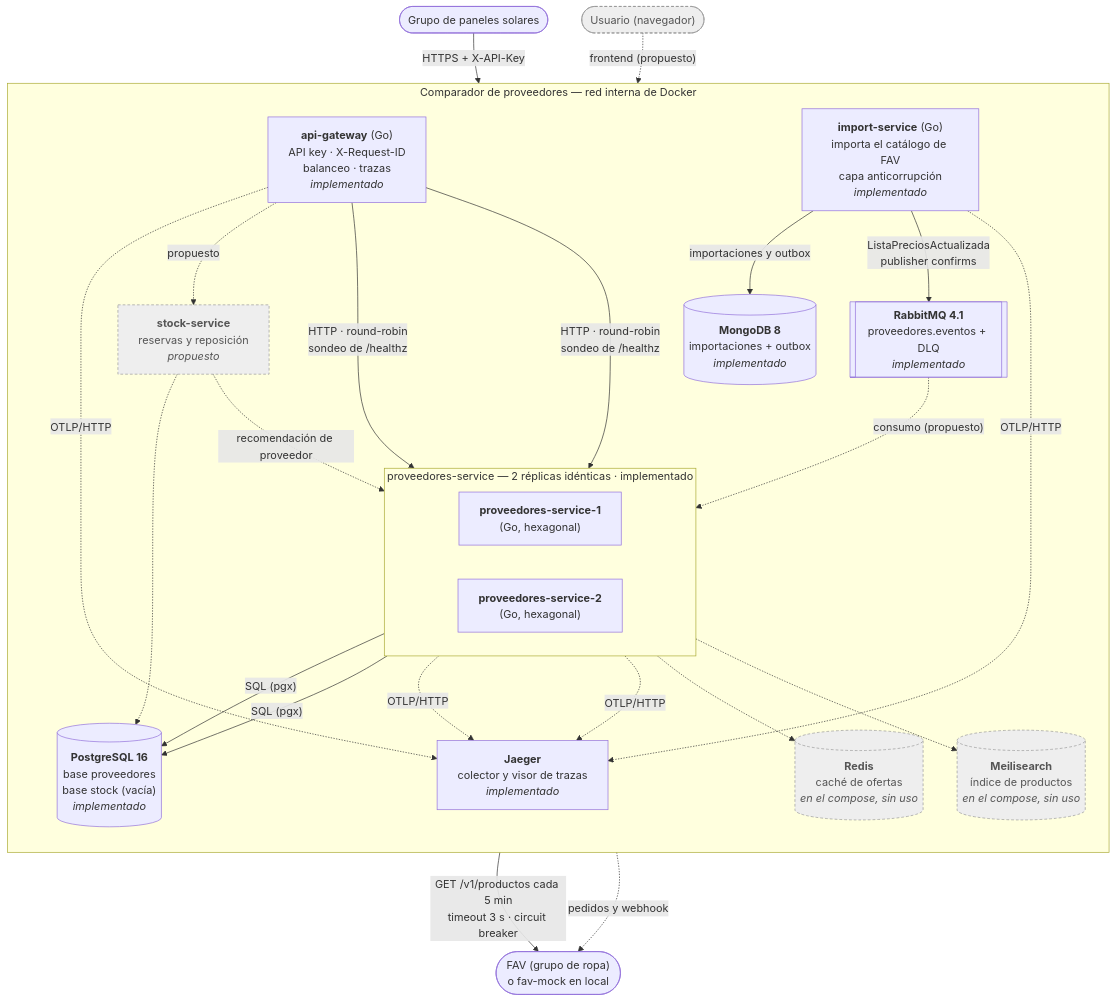
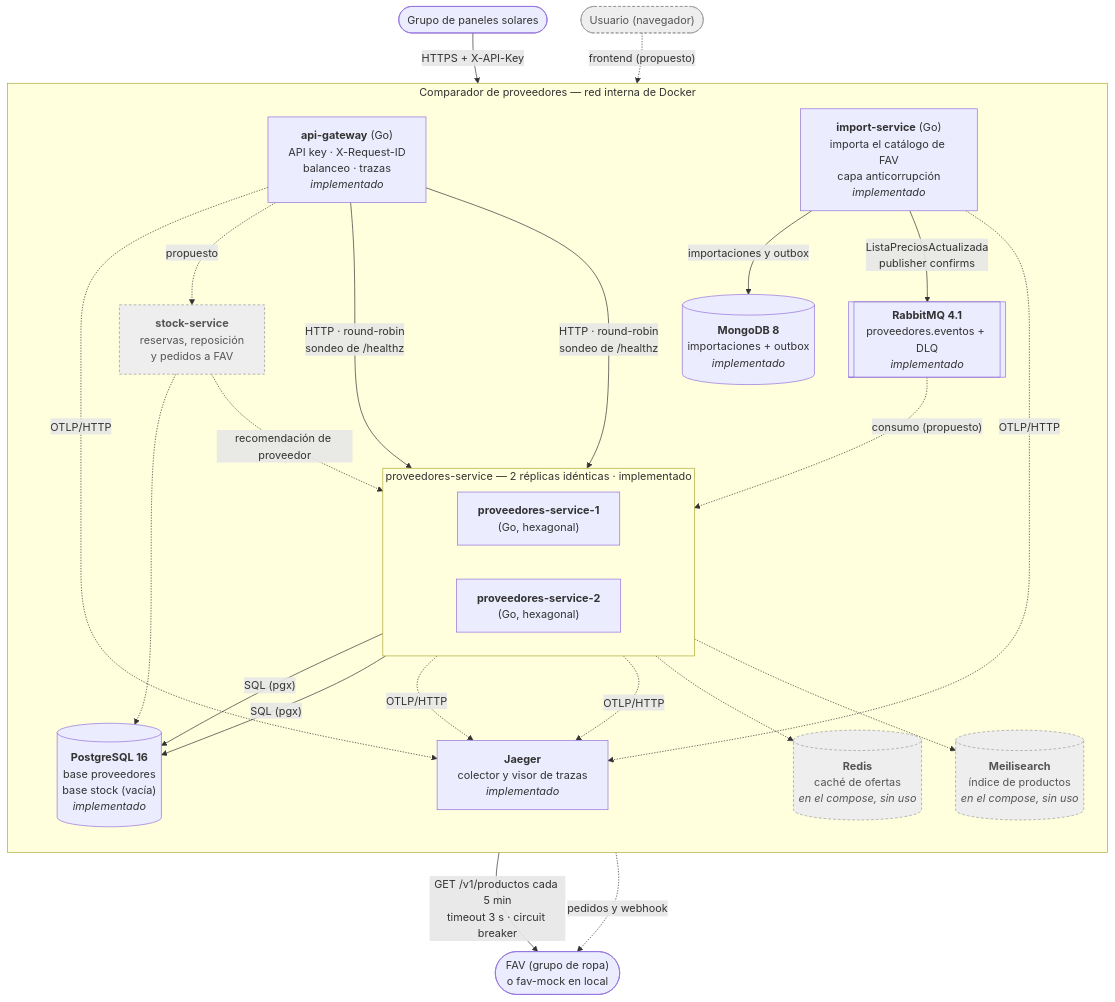
The second of 3 diagrams in docs/ARCHITECTURE.md (matiasdemetriorufeil/arq-soft-proveedores), drawn with Mermaid before and after one commit. The commit also changed other lines of this file and 7 other files, not shown here.

First line of the commit message:
docs: ADR-009 con los pedidos aceptados; SPEC, ARCHITECTURE, ADR-010, compose y plan al día

````diff
--- a/docs/ARCHITECTURE.md
+++ b/docs/ARCHITECTURE.md
@@ -62,56 +62,56 @@
 ```mermaid
 flowchart TB
     paneles(["Grupo de paneles solares"])
     usuario(["Usuario (navegador)"])
     ropa(["FAV (grupo de ropa)<br/>o fav-mock en local"])
 
     subgraph sistema["Comparador de proveedores — red interna de Docker"]
         direction TB
         gw["<b>api-gateway</b> (Go)<br/>API key · X-Request-ID<br/>balanceo · trazas<br/><i>implementado</i>"]
 
         subgraph proveedores["proveedores-service — 2 réplicas idénticas · implementado"]
             direction LR
             p1["<b>proveedores-service-1</b><br/>(Go, hexagonal)"]
             p2["<b>proveedores-service-2</b><br/>(Go, hexagonal)"]
         end
 
         pg[("<b>PostgreSQL 16</b><br/>base proveedores<br/>base stock (vacía)<br/><i>implementado</i>")]
         jaeger["<b>Jaeger</b><br/>colector y visor de trazas<br/><i>implementado</i>"]
 
         imp["<b>import-service</b> (Go)<br/>importa el catálogo de FAV<br/>capa anticorrupción<br/><i>implementado</i>"]
         mongo[("<b>MongoDB 8</b><br/>importaciones + outbox<br/><i>implementado</i>")]
         rabbit[["<b>RabbitMQ 4.1</b><br/>proveedores.eventos + DLQ<br/><i>implementado</i>"]]
 
-        stock["<b>stock-service</b><br/>reservas y reposición<br/><i>propuesto</i>"]
+        stock["<b>stock-service</b><br/>reservas, reposición<br/>y pedidos a FAV"]
         redis[("<b>Redis</b><br/>caché de ofertas<br/><i>en el compose, sin uso</i>")]
         meili[("<b>Meilisearch</b><br/>índice de productos<br/><i>en el compose, sin uso</i>")]
     end
 
     paneles -- "HTTPS + X-API-Key" --> gw
     usuario -. "frontend (propuesto)" .-> gw
 
     gw -- "HTTP · round-robin<br/>sondeo de /healthz" --> p1
     gw -- "HTTP · round-robin<br/>sondeo de /healthz" --> p2
     p1 -- "SQL (pgx)" --> pg
     p2 -- "SQL (pgx)" --> pg
 
     imp -- "GET /v1/productos cada 5 min<br/>timeout 3 s · circuit breaker" --> ropa
     imp -- "importaciones y outbox" --> mongo
     imp -- "ListaPreciosActualizada<br/>publisher confirms" --> rabbit
     rabbit -. "consumo (propuesto)" .-> p1
 
     gw -. "OTLP/HTTP" .-> jaeger
     p1 -. "OTLP/HTTP" .-> jaeger
     p2 -. "OTLP/HTTP" .-> jaeger
     imp -. "OTLP/HTTP" .-> jaeger
 
     gw -. "propuesto" .-> stock
     stock -. "recomendación de proveedor" .-> p1
     stock -. "pedidos y webhook" .-> ropa
     stock -.-> pg
     p1 -.-> redis
     p1 -.-> meili
 
     classDef propuesto fill:#eeeeee,stroke:#999999,stroke-dasharray: 4 3,color:#555555
     class stock,redis,meili,usuario propuesto
 ```
````
